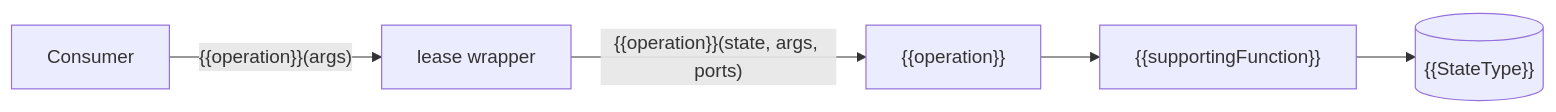
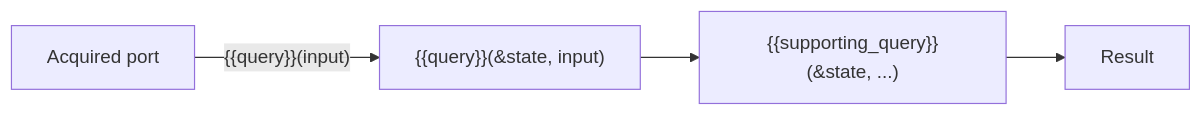
Before and after one commit to gccurtis/icarus: the first of 2 diagrams in wiki/templates/model.md, drawn with Mermaid. The commit also changed other lines of this file and 4 other files, not shown here.

````diff
--- a/wiki/templates/model.md
+++ b/wiki/templates/model.md
@@ -135,7 +266,6 @@
 ```mermaid
 flowchart LR
-    Consumer -->|"{{operation}}(args)"| Wrapper["lease wrapper"]
-    Wrapper -->|"{{operation}}(state, args, ports)"| Entry["{{operation}}"]
-    Entry --> Helper["{{supportingFunction}}"]
-    Helper --> State[("{{StateType}}")]
+    Port["Acquired port"] -->|"{{query}}(input)"| Query["{{query}}(&state, input)"]
+    Query --> Helper["{{supporting_query}}(&state, ...)"]
+    Helper --> Result["Result"]
 ```
````
